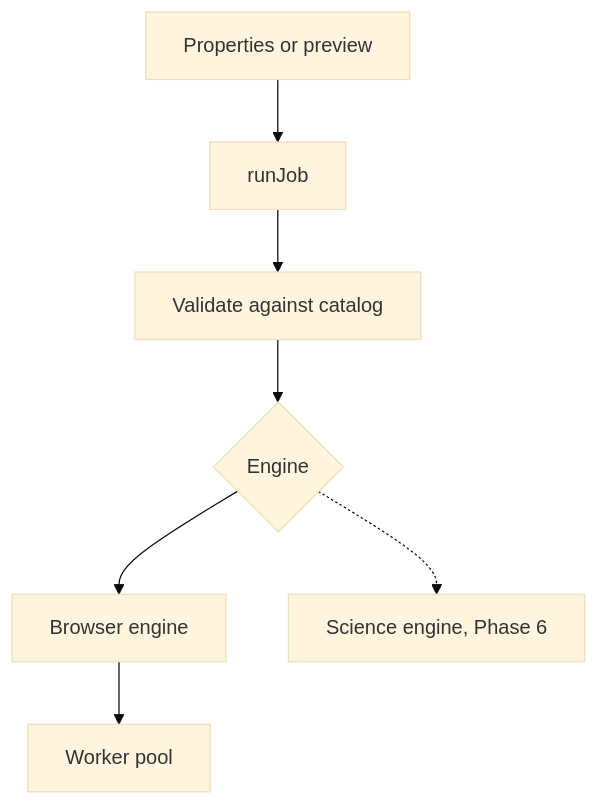
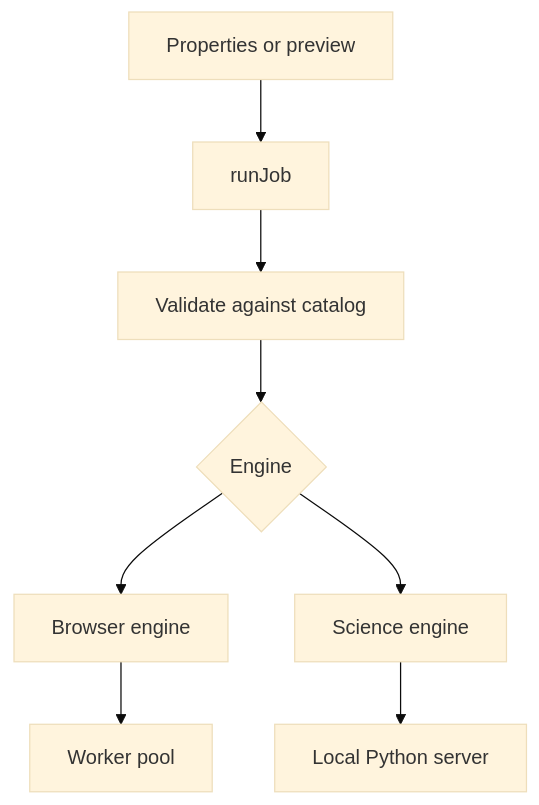
Before and after one commit to mKamiAsim/pixelnexus: the diagram in docs/architecture/execution-model.md, drawn with Mermaid (base theme). The commit also changed other lines of this file and 44 other files, not shown here.

First line of the commit message:
Phase 6b part 1: wavelet thresholding, the first science engine filter

````diff
--- a/docs/architecture/execution-model.md
+++ b/docs/architecture/execution-model.md
@@ -9,9 +9,10 @@
 ```mermaid
 flowchart TB
   UI[Properties or preview] --> RUN[runJob]
   RUN --> CHECK[Validate against catalog]
   CHECK --> PICK{Engine}
   PICK --> BROWSER[Browser engine]
-  PICK -.-> SCIENCE[Science engine, Phase 6]
+  PICK --> SCIENCE[Science engine]
   BROWSER --> POOL[Worker pool]
+  SCIENCE --> SERVER[Local Python server]
 ```
````
